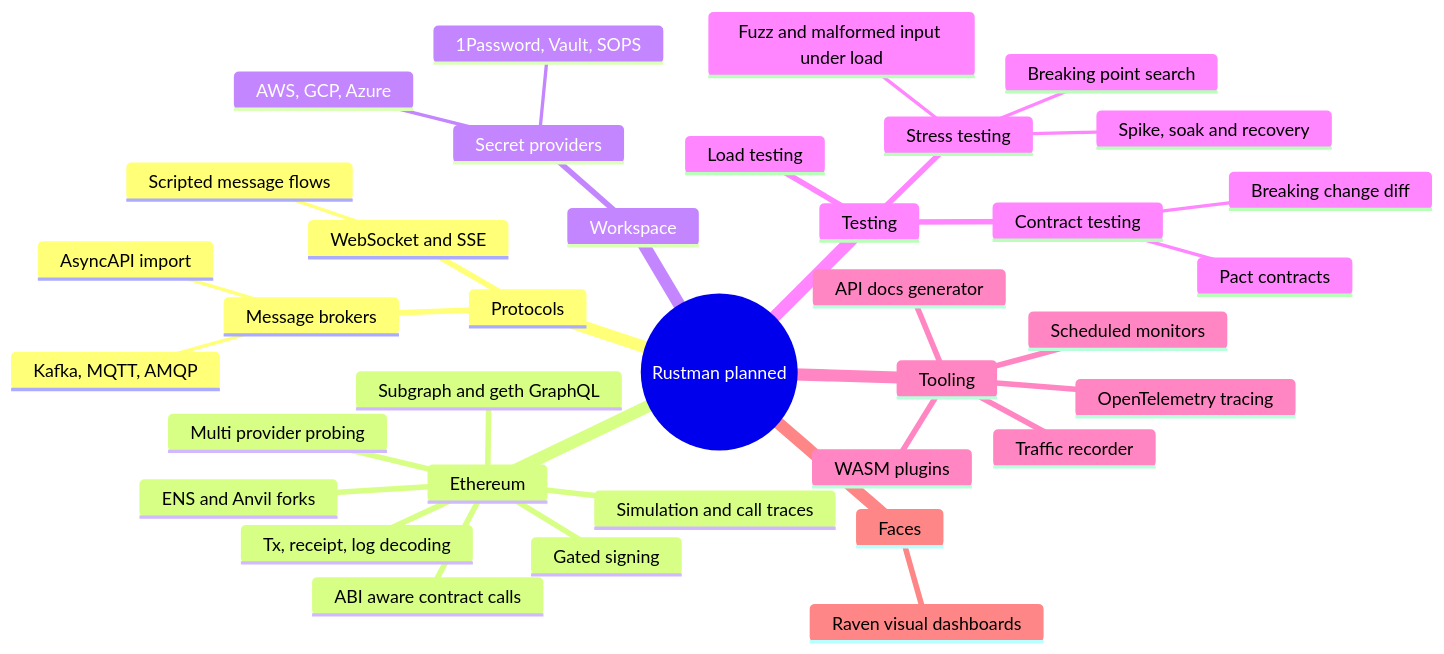
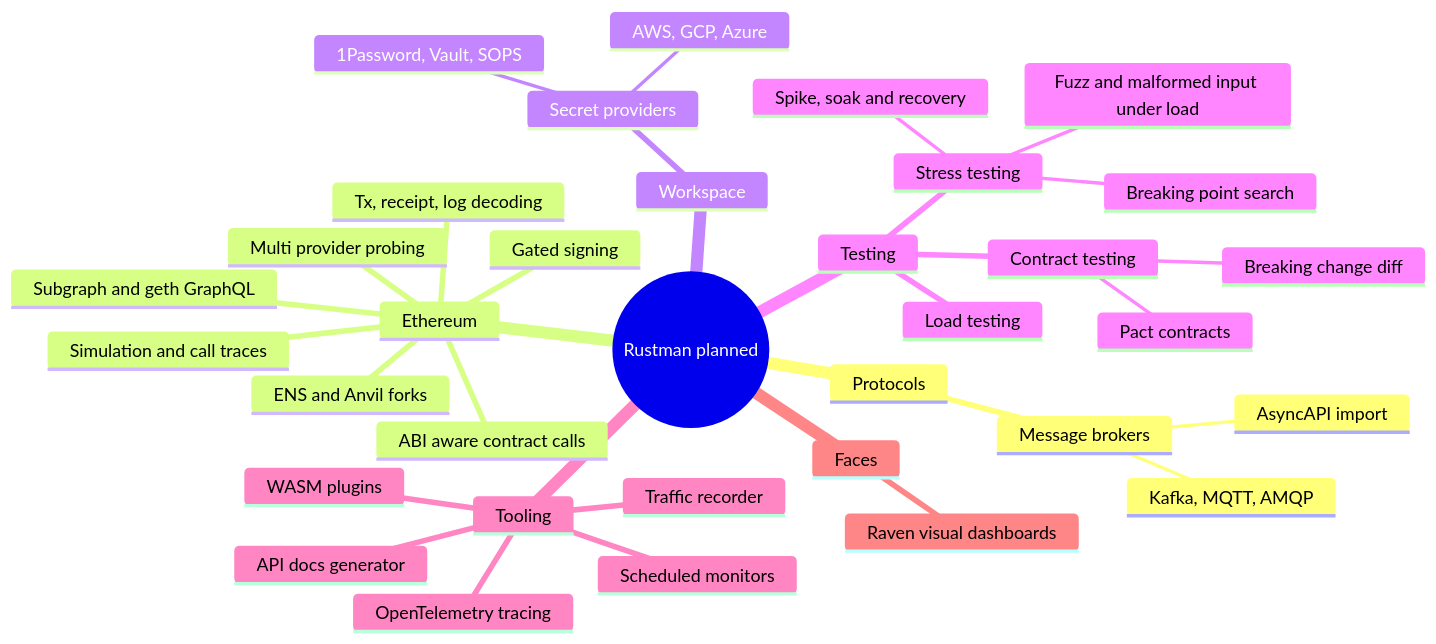
The second of 3 diagrams in README.md (CyberdyneCorp/rustman), drawn with Mermaid before and after one commit. The commit also changed other lines of this file and 1 other file, not shown here.

Commit message:
Roadmap: v0.5 done with the realtime client; v0.6 in progress

````diff
--- a/README.md
+++ b/README.md
@@ -114,39 +117,37 @@
 ```mermaid
 mindmap
   root((Rustman planned))
     Protocols
-      WebSocket and SSE
-        Scripted message flows
       Message brokers
         Kafka, MQTT, AMQP
         AsyncAPI import
     Ethereum
       ABI aware contract calls
       Tx, receipt, log decoding
       Simulation and call traces
       ENS and Anvil forks
       Gated signing
       Multi provider probing
       Subgraph and geth GraphQL
     Workspace
       Secret providers
         1Password, Vault, SOPS
         AWS, GCP, Azure
     Testing
       Load testing
       Stress testing
         Breaking point search
         Fuzz and malformed input under load
         Spike, soak and recovery
       Contract testing
         Breaking change diff
         Pact contracts
     Tooling
       Traffic recorder
       Scheduled monitors
       API docs generator
       OpenTelemetry tracing
       WASM plugins
     Faces
       Raven visual dashboards
 ```
````
